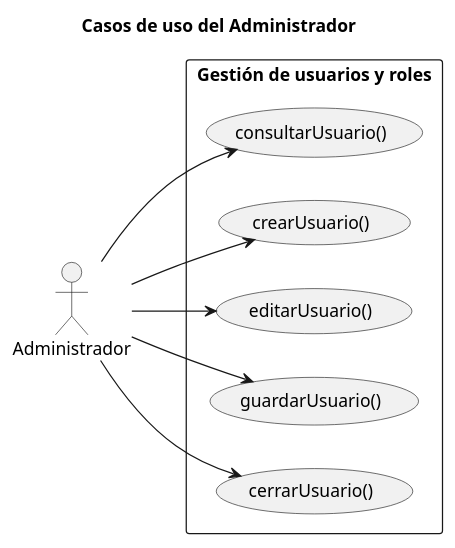
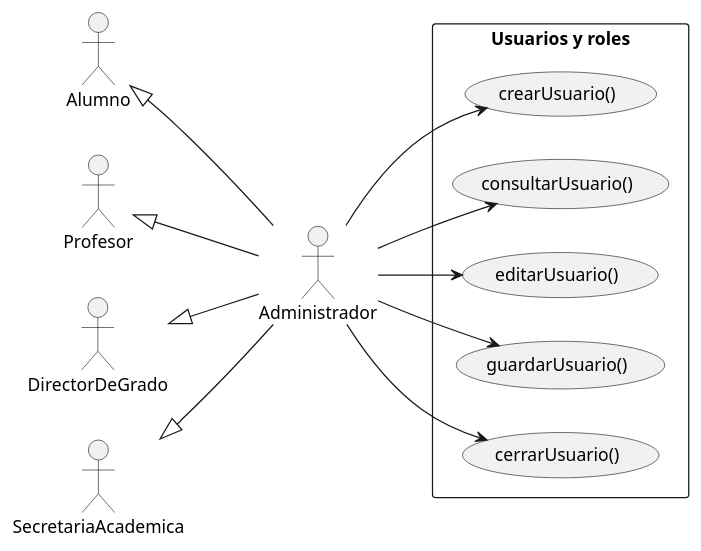
One commit to enmabry/25-26-IdSw1-SdR changed the diagram in documents/CasosDeUso/CasoDeUso/Administrador/Administrador.puml. Above: the diagram before and after it, drawn with PlantUML. The commit also changed 37 other files, not shown here.

First line of the commit message:
Add detailed state diagram for "Consultar solicitud de dispensa" use case

```diff
--- a/documents/CasosDeUso/CasoDeUso/Administrador/Administrador.puml
+++ b/documents/CasosDeUso/CasoDeUso/Administrador/Administrador.puml
@@ -1,22 +1,31 @@
-@startuml Administrador_CasosDeUso
-title Casos de uso del Administrador
+@startuml DiagramaDeCasosDeUsoAdministrador
 left to right direction
 skinparam packageStyle rectangle
 
+actor Alumno
+actor Profesor
+actor DirectorDeGrado
+actor SecretariaAcademica
 actor Administrador
 
-rectangle "Gestión de usuarios y roles" {
+' Herencia de roles: Administrador puede hacer todo lo de estos actores
+Alumno <|-- Administrador
+Profesor <|-- Administrador
+DirectorDeGrado <|-- Administrador
+SecretariaAcademica <|-- Administrador
 
-    usecase "consultarUsuario()" as CU_Consultar
-    usecase "crearUsuario()"     as CU_Crear
-    usecase "editarUsuario()"    as CU_Editar
-    usecase "guardarUsuario()"   as CU_Guardar
-    usecase "cerrarUsuario()"    as CU_Cerrar
-}
+    package "Usuarios y roles" {
+        usecase "crearUsuario()"     as UsuariosCrear
+        usecase "consultarUsuario()" as UsuariosConsultar
+        usecase "editarUsuario()"    as UsuariosEditar
+        usecase "guardarUsuario()"   as UsuariosGuardar
+        usecase "cerrarUsuario()"    as UsuariosCerrar
+    }
 
-Administrador --> CU_Consultar
-Administrador --> CU_Crear
-Administrador --> CU_Editar
-Administrador --> CU_Guardar
-Administrador --> CU_Cerrar
+    Administrador --> UsuariosCrear
+    Administrador --> UsuariosConsultar
+    Administrador --> UsuariosEditar
+    Administrador --> UsuariosGuardar
+    Administrador --> UsuariosCerrar
+
 @enduml
```
